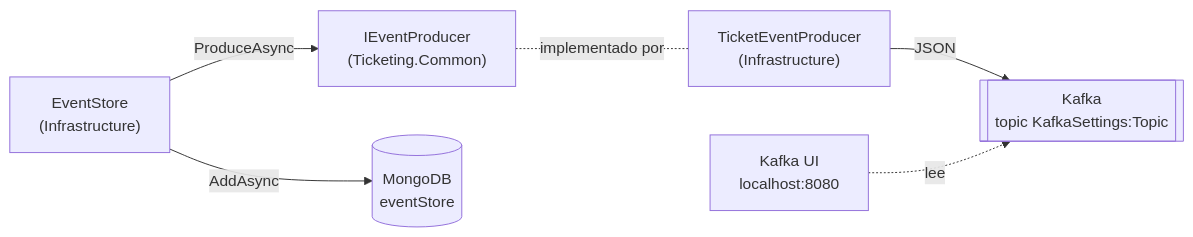
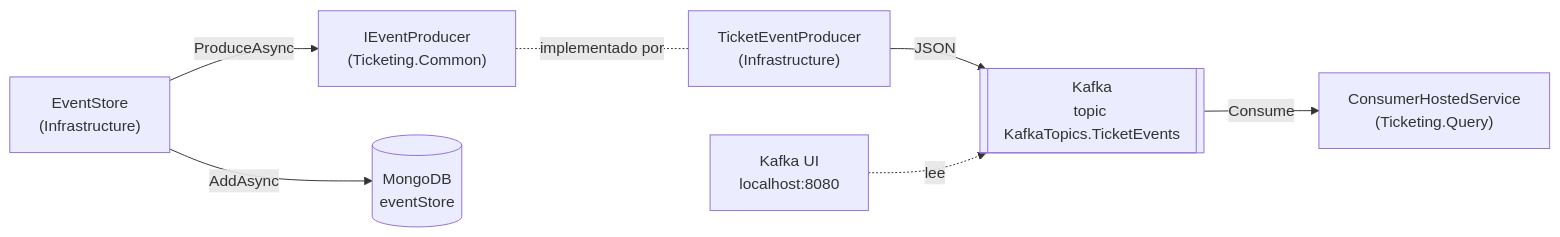
The first of 2 diagrams in Microservices-Events/docs/mensajeria-kafka.md (rubendevvalencia/BackendPortfolio), drawn with Mermaid before and after one commit. The commit also changed other lines of this file and 15 other files, not shown here.

````diff
--- a/Microservices-Events/docs/mensajeria-kafka.md
+++ b/Microservices-Events/docs/mensajeria-kafka.md
@@ -16,15 +18,17 @@
 ```mermaid
 flowchart LR
     ES["EventStore<br/>(Infrastructure)"]
     IEP["IEventProducer<br/>(Ticketing.Common)"]
     Prod["TicketEventProducer<br/>(Infrastructure)"]
     Mongo[("MongoDB<br/>eventStore")]
-    Kafka[["Kafka<br/>topic KafkaSettings:Topic"]]
+    Kafka[["Kafka<br/>topic KafkaTopics.TicketEvents"]]
+    Cons["ConsumerHostedService<br/>(Ticketing.Query)"]
     UI["Kafka UI<br/>localhost:8080"]
 
     ES -->|AddAsync| Mongo
     ES -->|ProduceAsync| IEP
     IEP -.-|implementado por| Prod
     Prod -->|JSON| Kafka
+    Kafka -->|Consume| Cons
     UI -.->|lee| Kafka
 ```
````
